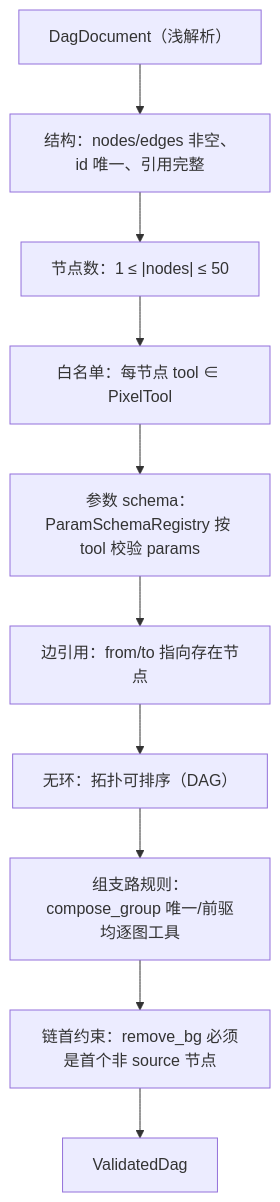
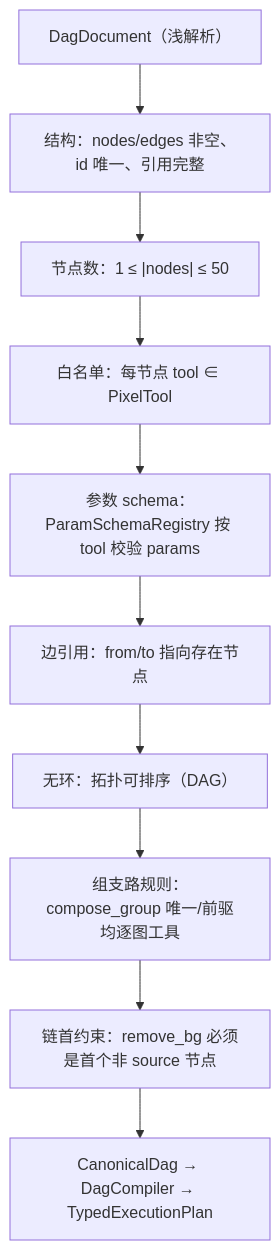
Before and after one commit to EtherealStar/PixFlow: the diagram in docs/design-docs/module/dag.md, drawn with Mermaid. The commit also changed other lines of this file and 62 other files, not shown here.

Commit message:
docs: align architecture, ADRs, and execution plans

````diff
--- a/docs/design-docs/module/dag.md
+++ b/docs/design-docs/module/dag.md
@@ -175,12 +181,12 @@
 ```mermaid
 flowchart TD
   P["DagDocument（浅解析）"] --> S1["结构：nodes/edges 非空、id 唯一、引用完整"]
   S1 --> S2["节点数：1 ≤ |nodes| ≤ 50"]
   S2 --> S3["白名单：每节点 tool ∈ PixelTool"]
   S3 --> S4["参数 schema：ParamSchemaRegistry 按 tool 校验 params"]
   S4 --> S5["边引用：from/to 指向存在节点"]
   S5 --> S6["无环：拓扑可排序（DAG）"]
   S6 --> S7["组支路规则：compose_group 唯一/前驱均逐图工具"]
   S7 --> S8["链首约束：remove_bg 必须是首个非 source 节点"]
-  S8 --> Ok["ValidatedDag"]
+  S8 --> Ok["CanonicalDag → DagCompiler → TypedExecutionPlan"]
 ```
````
